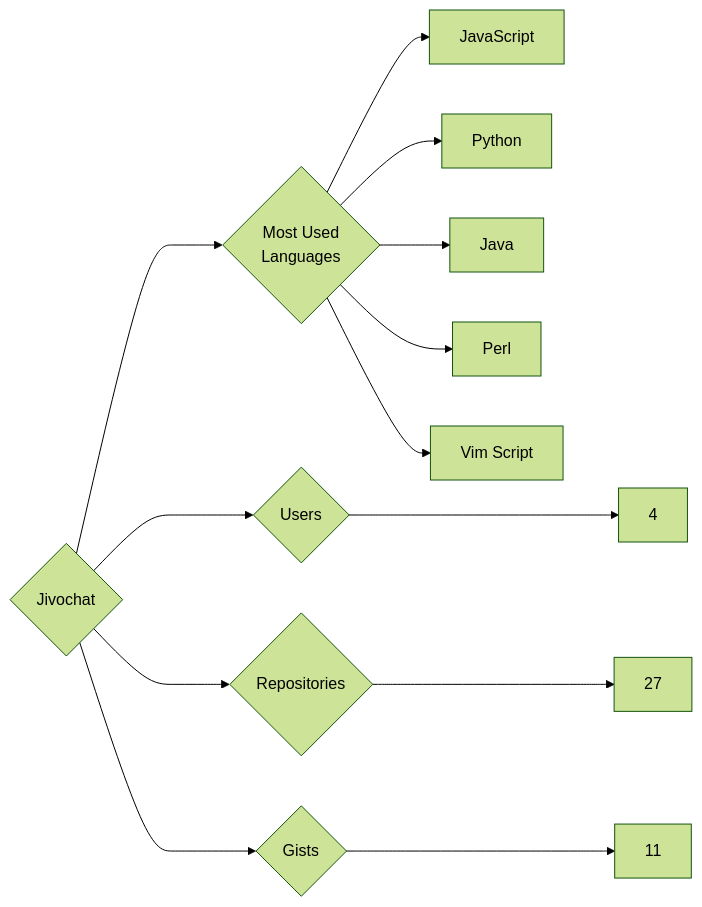
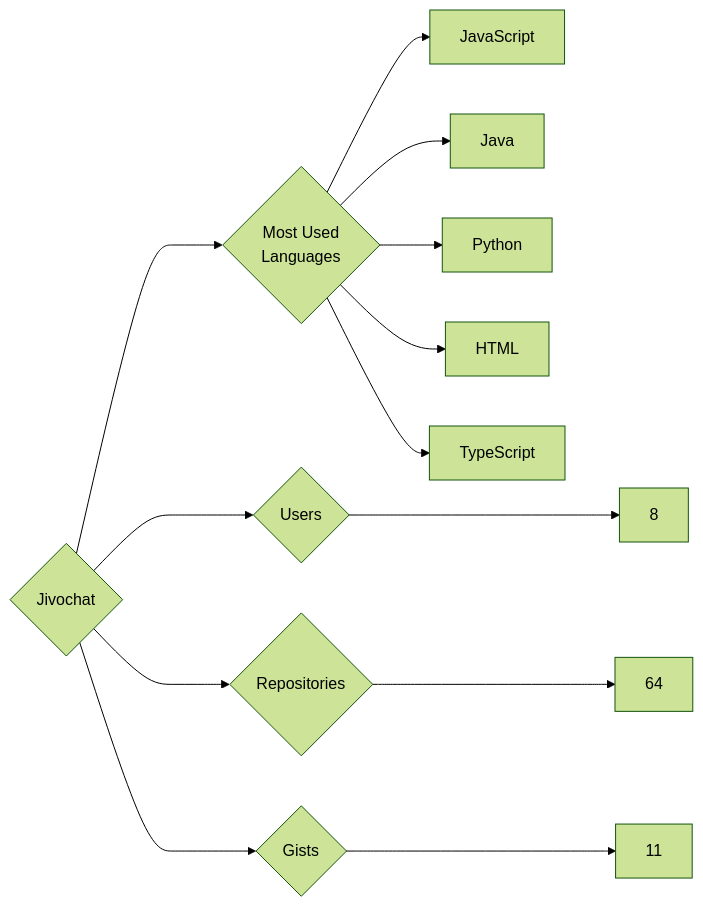
One commit to trickest/insiders changed the diagram in targets/Jivochat/README.md. Above: the diagram before and after it, drawn with Mermaid (forest theme). The commit also changed 1314 other files, not shown here.

````diff
--- a/targets/Jivochat/README.md
+++ b/targets/Jivochat/README.md
@@ -3,13 +3,13 @@
 ```mermaid
 graph LR
 COMPANY_NAME{Jivochat}
-COMPANY_NAME ---> U{Users} ---> UN[4]
-COMPANY_NAME ---> R{Repositories} ---> RN[27]
+COMPANY_NAME ---> U{Users} ---> UN[8]
+COMPANY_NAME ---> R{Repositories} ---> RN[64]
 COMPANY_NAME ---> G{Gists} ---> GN[11]
 COMPANY_NAME ---> ML{Most Used<br>Languages}
 ML --> JavaScript[JavaScript]
+ML --> Java[Java]
 ML --> Python[Python]
-ML --> Java[Java]
-ML --> Perl[Perl]
-ML --> Vim_Script[Vim Script]
+ML --> HTML[HTML]
+ML --> TypeScript[TypeScript]
 ```
````
